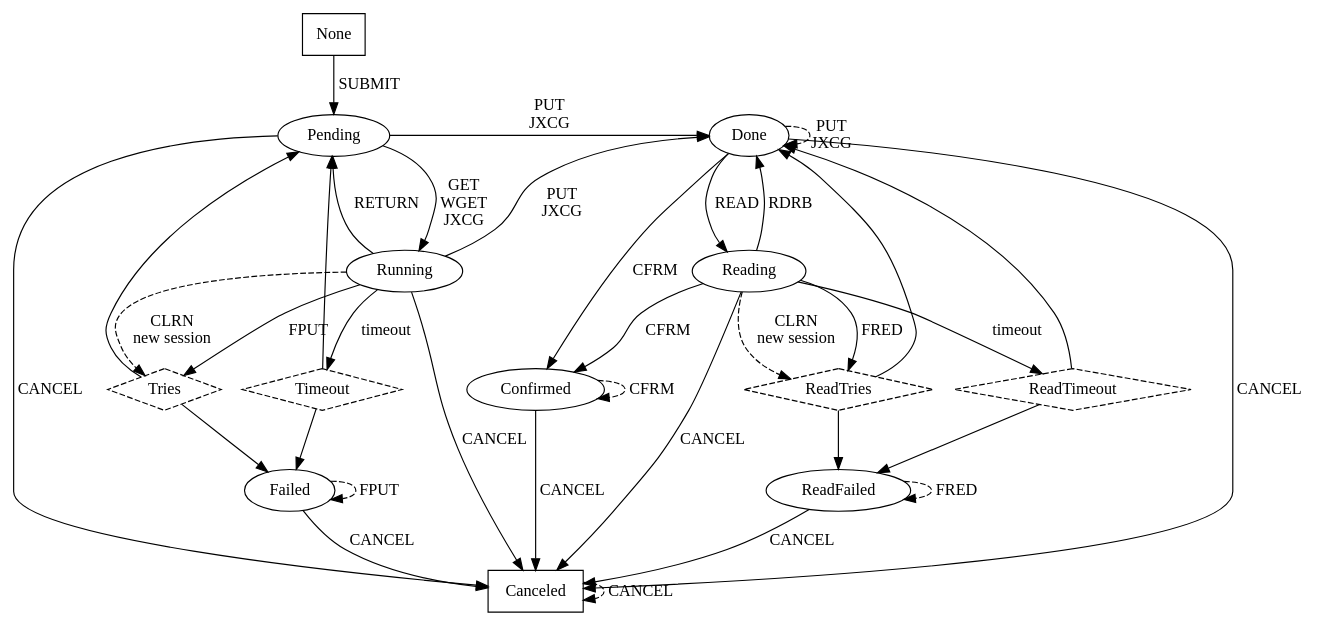
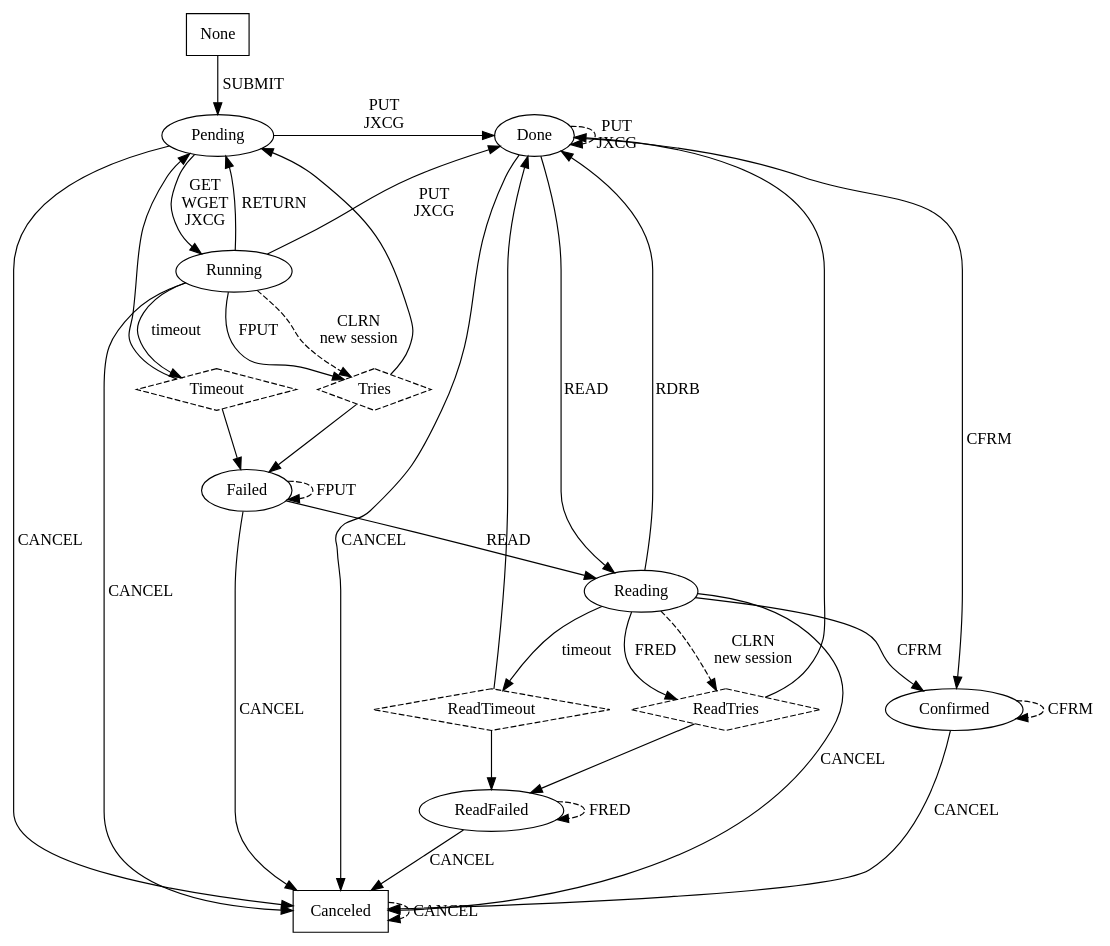
The diagram in src/app/netschedule/state_graph.dot (ncbi/ncbi-cxx-toolkit-public), drawn with Graphviz before and after one commit. The commit also changed 2 other files, not shown here.

Commit message:
Providing the jobs for reading not only from the Done state but from the Failed state as well; changing the READ output format. (JIRA: CXX-3056)

```diff
--- a/src/app/netschedule/state_graph.dot
+++ b/src/app/netschedule/state_graph.dot
@@ -1,61 +1,62 @@
 # dot -T ps state_graph.dot -o state_graph.ps
 
 digraph NetScheduleNew {
 
     None        [ label = "None",        shape = "box" ];
     Canceled    [ label = "Canceled",    shape = "box" ];
     Timeout     [ label = "Timeout",     shape = "diamond", style = "dashed" ];
     ReadTimeout [ label = "ReadTimeout", shape = "diamond", style = "dashed" ];
     Tries       [ label = "Tries",       shape = "diamond", style = "dashed" ];
     ReadTries   [ label = "ReadTries",   shape = "diamond", style = "dashed" ];
 
     None        -> Pending          [ label = "SUBMIT" ];
 
     Pending     -> Running          [ label = "GET\nWGET\nJXCG" ];
     Pending     -> Canceled         [ label = "CANCEL" ];
     Pending     -> Done             [ label = "PUT\nJXCG" ];
 
     Running     -> Pending          [ label = "RETURN" ];
     Running     -> Canceled         [ label = "CANCEL" ];
     Running     -> Done             [ label = "PUT\nJXCG" ];
     Running     -> Timeout          [ label = "timeout" ];
     Running     -> Tries            [ label = "FPUT" ];
     Running     -> Tries            [ label = "CLRN\nnew session", style = "dashed" ];
 
     Tries       -> Failed;
     Tries       -> Pending;
 
     Timeout     -> Pending;
     Timeout     -> Failed;
 
+    Failed      -> Reading          [ label = "READ" ];
     Failed      -> Canceled         [ label = "CANCEL" ];
     Failed      -> Failed           [ label = "FPUT", style = "dashed" ];
 
     Done        -> Reading          [ label = "READ" ];
     Done        -> Canceled         [ label = "CANCEL" ];
     Done        -> Done             [ label = "PUT\nJXCG", style = "dashed" ];
     Done        -> Confirmed        [ label = "CFRM" ];
 
     Reading     -> Canceled         [ label = "CANCEL" ];
     Reading     -> Confirmed        [ label = "CFRM" ];
     Reading     -> Done             [ label = "RDRB" ];
     Reading     -> ReadTimeout      [ label = "timeout" ];
     Reading     -> ReadTries        [ label = "FRED" ];
     Reading     -> ReadTries        [ label = "CLRN\nnew session", style = "dashed" ];
 
     ReadTries   -> ReadFailed;
     ReadTries   -> Done;
 
     ReadTimeout -> Done;
     ReadTimeout -> ReadFailed;
 
     ReadFailed  -> Canceled         [ label = "CANCEL" ];
     ReadFailed  -> ReadFailed       [ label = "FRED", style = "dashed" ];
 
     Confirmed   -> Canceled         [ label = "CANCEL" ];
     Confirmed   -> Confirmed        [ label = "CFRM", style = "dashed" ];
 
     Canceled    -> Canceled         [ label = "CANCEL", style = "dashed" ];
 
     { rank = same; "Done"; "Pending" }
 }
```
